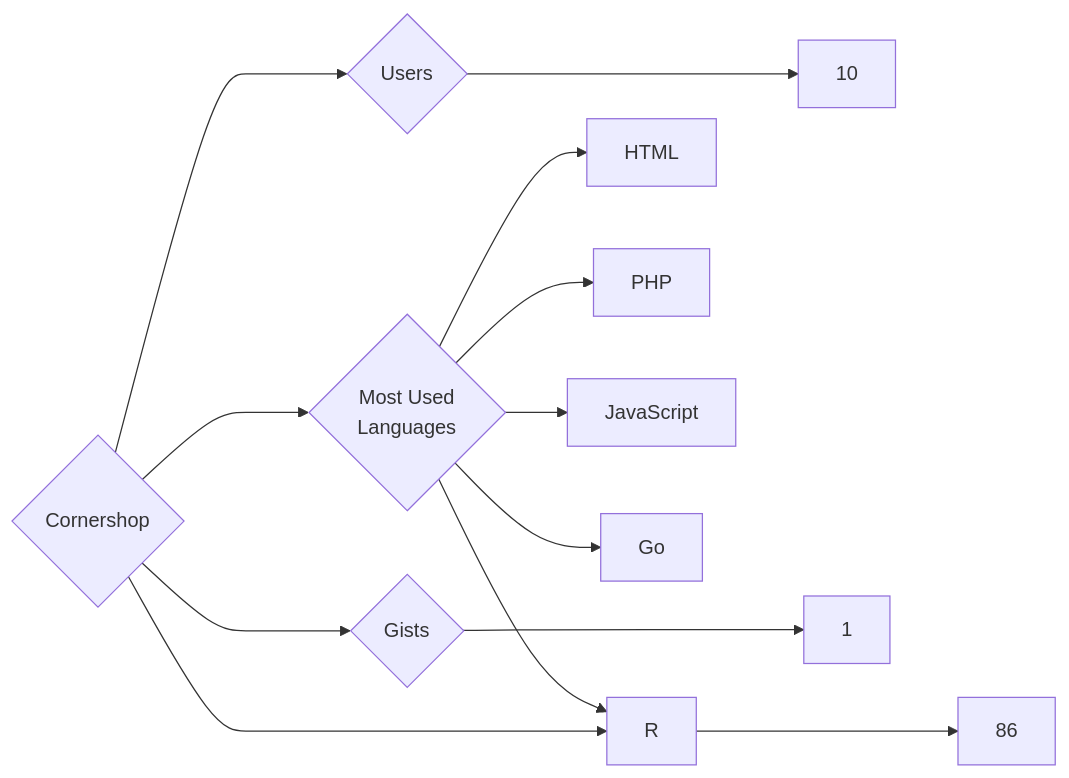
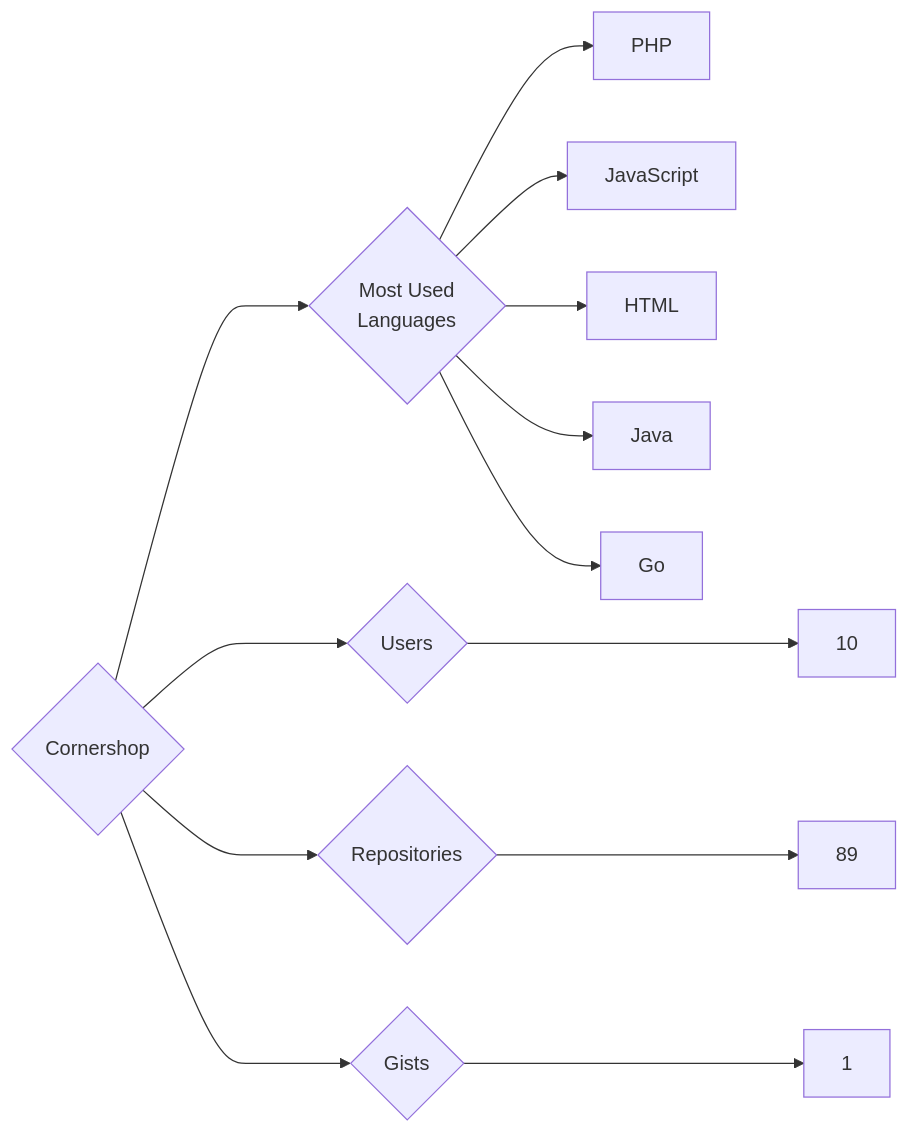
The diagram in targets/Cornershop/README.md (trickest/insiders), drawn with Mermaid before and after one commit. The commit also changed 611 other files, not shown here.

````diff
--- a/targets/Cornershop/README.md
+++ b/targets/Cornershop/README.md
@@ -3,13 +3,13 @@
 ```mermaid
 graph LR
 COMPANY_NAME{Cornershop}
 COMPANY_NAME ---> U{Users} ---> UN[10]
-COMPANY_NAME ---> R{Repositories} ---> RN[86]
+COMPANY_NAME ---> R{Repositories} ---> RN[89]
 COMPANY_NAME ---> G{Gists} ---> GN[1]
 COMPANY_NAME ---> ML{Most Used<br>Languages}
-ML --> HTML[HTML]
 ML --> PHP[PHP]
 ML --> JavaScript[JavaScript]
+ML --> HTML[HTML]
+ML --> Java[Java]
 ML --> Go[Go]
-ML --> R[R]
 ```
````
